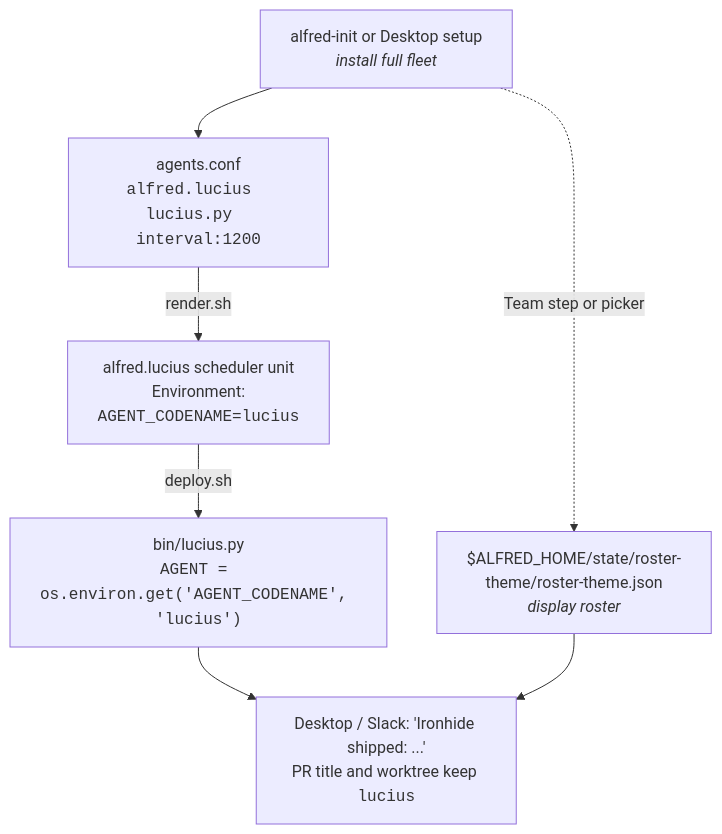
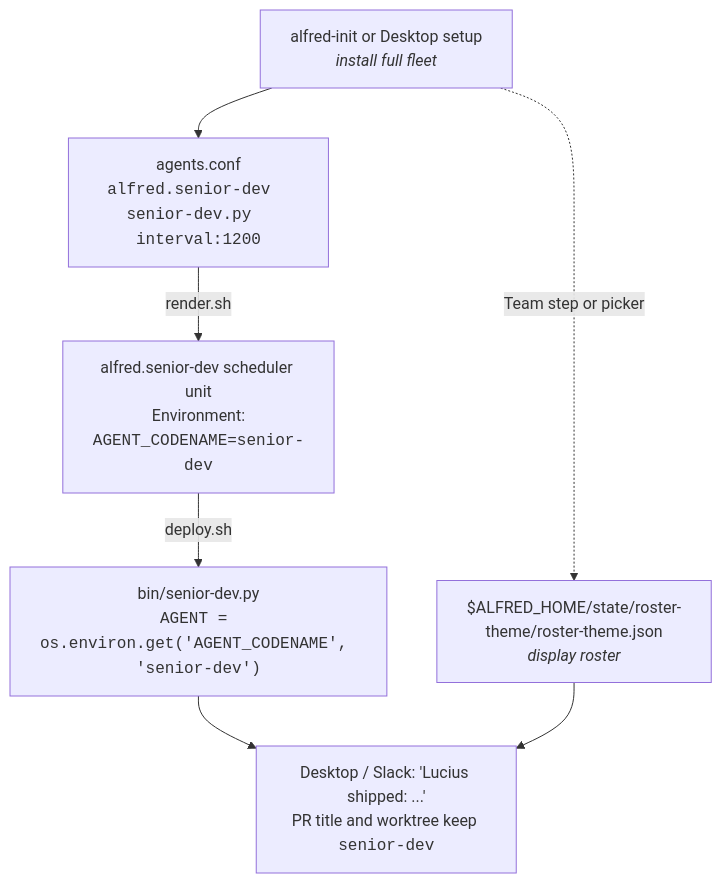
Before and after one commit to luminik-io/alfred: the second of 2 diagrams in docs/AGENTS.md, drawn with Mermaid. The commit also changed other lines of this file and 1 other file, not shown here.

````diff
--- a/docs/AGENTS.md
+++ b/docs/AGENTS.md
@@ -124,16 +127,16 @@
 ```mermaid
 flowchart TB
     init["alfred-init or Desktop setup<br/><i>install full fleet</i>"]
-    conf["agents.conf<br/><code>alfred.lucius  lucius.py  interval:1200</code>"]
-    unit["alfred.lucius scheduler unit<br/>Environment:<br/><code>AGENT_CODENAME=lucius</code>"]
-    runner["bin/lucius.py<br/><code>AGENT = os.environ.get('AGENT_CODENAME', 'lucius')</code>"]
+    conf["agents.conf<br/><code>alfred.senior-dev  senior-dev.py  interval:1200</code>"]
+    unit["alfred.senior-dev scheduler unit<br/>Environment:<br/><code>AGENT_CODENAME=senior-dev</code>"]
+    runner["bin/senior-dev.py<br/><code>AGENT = os.environ.get('AGENT_CODENAME', 'senior-dev')</code>"]
     theme["$ALFRED_HOME/state/roster-theme/roster-theme.json<br/><i>display roster</i>"]
-    output["Desktop / Slack: 'Ironhide shipped: ...'<br/>PR title and worktree keep <code>lucius</code>"]
+    output["Desktop / Slack: 'Lucius shipped: ...'<br/>PR title and worktree keep <code>senior-dev</code>"]
 
     init --> conf
     conf -- "render.sh" --> unit
     unit -- "deploy.sh" --> runner
     init -. "Team step or picker" .-> theme
     runner --> output
     theme --> output
 ```
````
